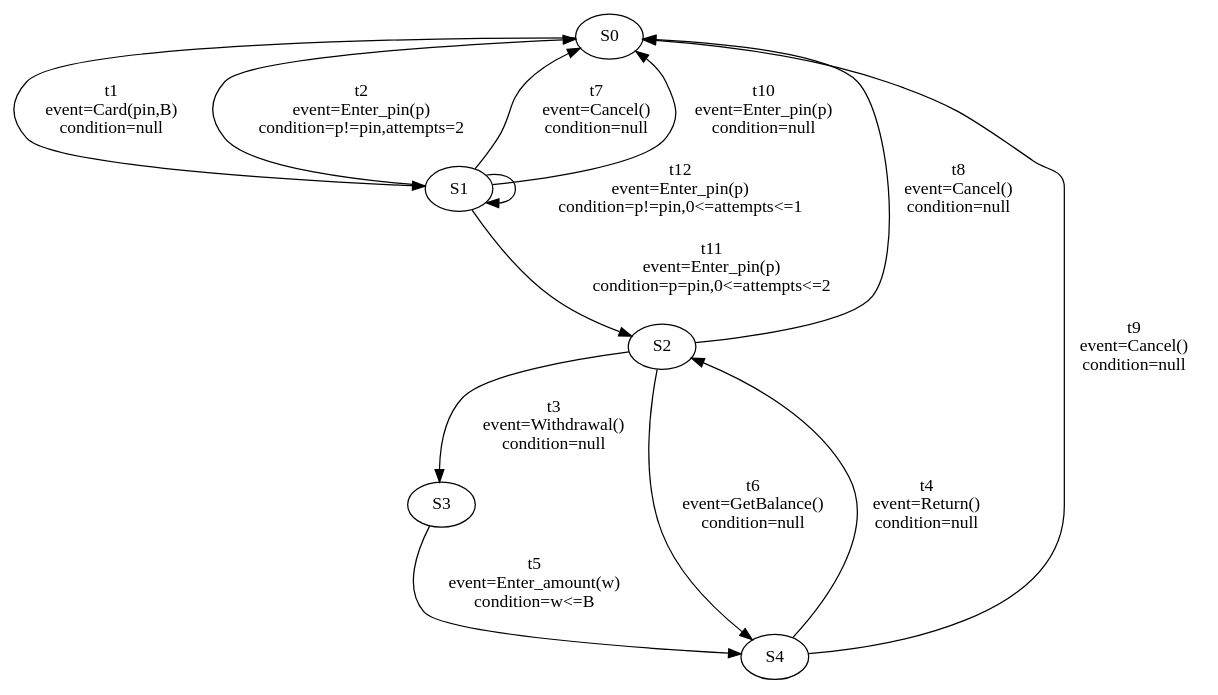
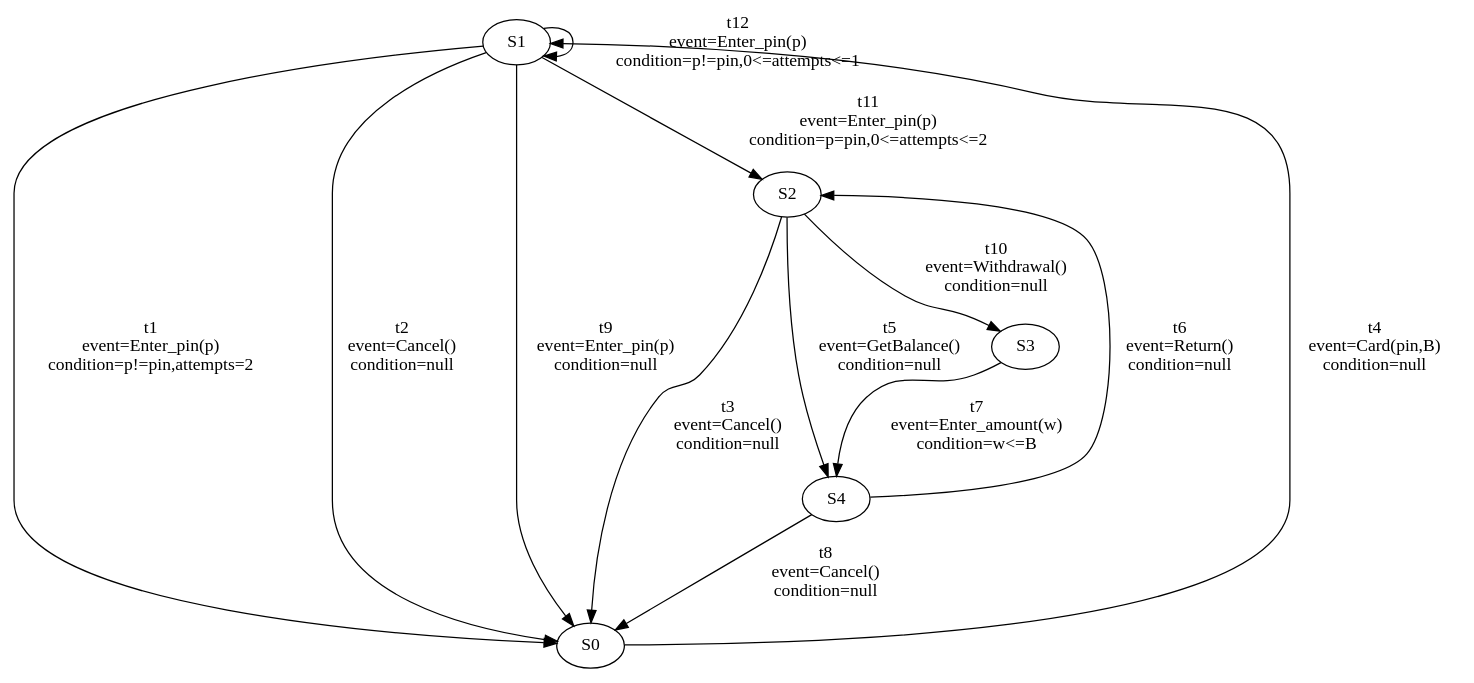
Before and after one commit to Catxiaobai/project: the diagram in server/file/result.dot, drawn with Graphviz. The commit also changed 72 other files, not shown here.

```diff
--- a/server/file/result.dot
+++ b/server/file/result.dot
@@ -1,38 +1,38 @@
 digraph g {
- S0 -> S1 [ label="t1
+ S1 -> S0 [ label="t1
+event=Enter_pin(p)
+condition=p!=pin,attempts=2" ];
+ S1 -> S0 [ label="t2
+event=Cancel()
+condition=null" ];
+ S2 -> S0 [ label="t3
+event=Cancel()
+condition=null" ];
+ S0 -> S1 [ label="t4
 event=Card(pin,B)
 condition=null" ];
- S1 -> S0 [ label="t2
-event=Enter_pin(p)
-condition=p!=pin,attempts=2" ];
- S2 -> S3 [ label="t3
-event=Withdrawal()
+ S2 -> S4 [ label="t5
+event=GetBalance()
 condition=null" ];
- S4 -> S2 [ label="t4
+ S4 -> S2 [ label="t6
 event=Return()
 condition=null" ];
- S3 -> S4 [ label="t5
+ S3 -> S4 [ label="t7
 event=Enter_amount(w)
 condition=w<=B" ];
- S2 -> S4 [ label="t6
-event=GetBalance()
-condition=null" ];
- S1 -> S0 [ label="t7
+ S4 -> S0 [ label="t8
 event=Cancel()
 condition=null" ];
- S2 -> S0 [ label="t8
-event=Cancel()
+ S1 -> S0 [ label="t9
+event=Enter_pin(p)
 condition=null" ];
- S4 -> S0 [ label="t9
-event=Cancel()
-condition=null" ];
- S1 -> S0 [ label="t10
-event=Enter_pin(p)
+ S2 -> S3 [ label="t10
+event=Withdrawal()
 condition=null" ];
  S1 -> S2 [ label="t11
 event=Enter_pin(p)
 condition=p=pin,0<=attempts<=2" ];
  S1 -> S1 [ label="t12
 event=Enter_pin(p)
 condition=p!=pin,0<=attempts<=1" ];
 }
```
